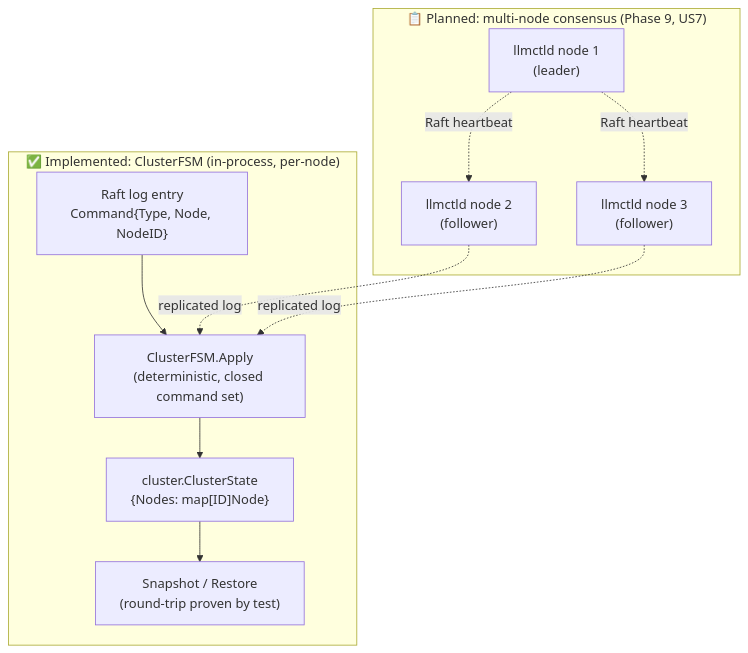
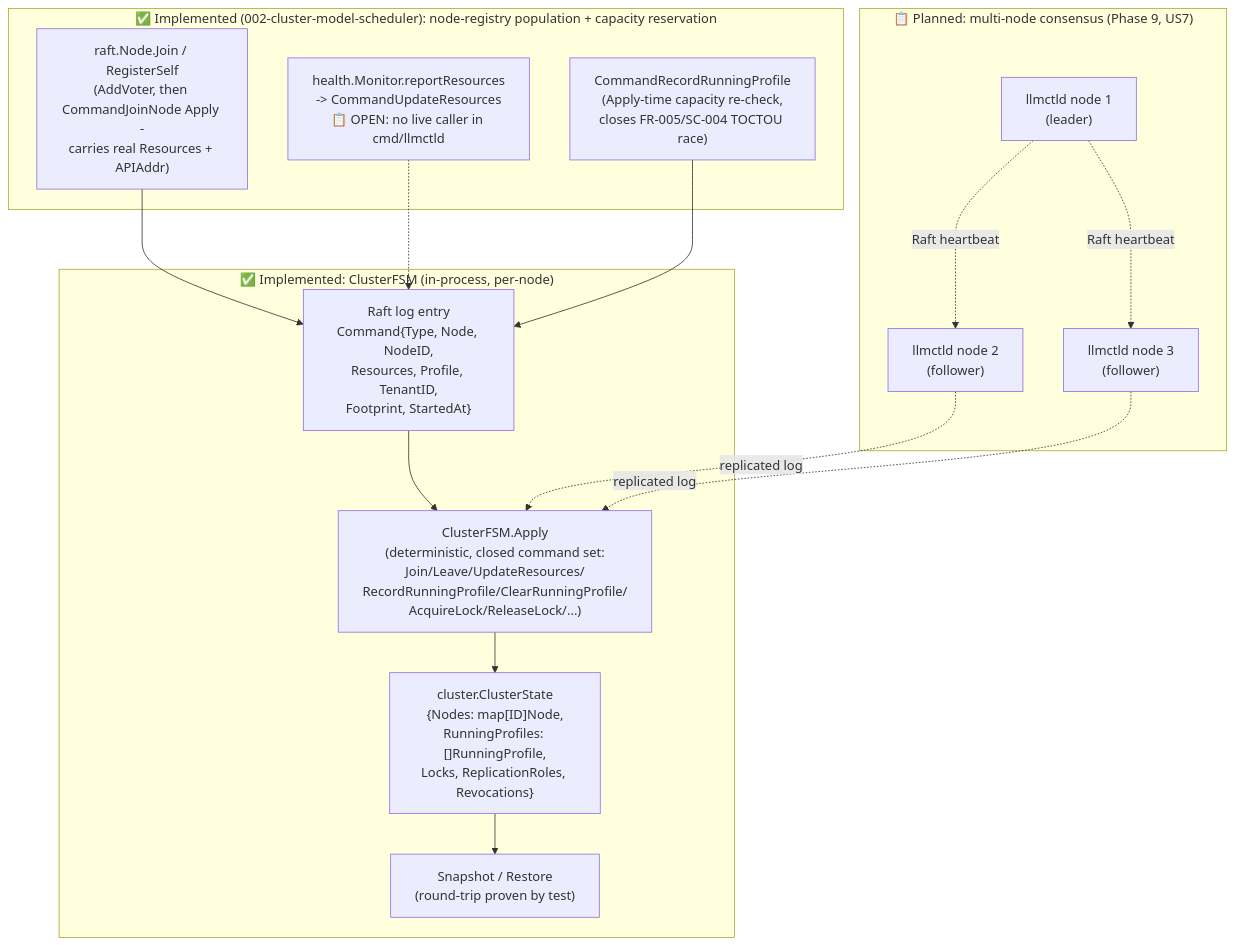
Before and after one commit to vasic-digital/llmctl: the first of 6 diagrams in docs/cluster-architecture.md, drawn with Mermaid. The commit also changed other lines of this file, not shown here.

First line of the commit message:
docs(cluster): document 002-cluster-model-scheduler node-registry, resource-heartbeat, reservation flow, running-profile index (T029)

````diff
--- a/docs/cluster-architecture.md
+++ b/docs/cluster-architecture.md
@@ -51,14 +67,19 @@
 ```mermaid
 flowchart TB
-    subgraph "✅ Implemented: ClusterFSM (in-process, per-node)"
-        LOG["Raft log entry<br/>Command{Type, Node, NodeID}"] --> APPLY["ClusterFSM.Apply<br/>(deterministic, closed command set)"]
-        APPLY --> STATE["cluster.ClusterState<br/>{Nodes: map[ID]Node}"]
+    subgraph impl1["✅ Implemented: ClusterFSM (in-process, per-node)"]
+        LOG["Raft log entry<br/>Command{Type, Node, NodeID,<br/>Resources, Profile, TenantID,<br/>Footprint, StartedAt}"] --> APPLY["ClusterFSM.Apply<br/>(deterministic, closed command set:<br/>Join/Leave/UpdateResources/<br/>RecordRunningProfile/ClearRunningProfile/<br/>AcquireLock/ReleaseLock/...)"]
+        APPLY --> STATE["cluster.ClusterState<br/>{Nodes: map[ID]Node,<br/>RunningProfiles: []RunningProfile,<br/>Locks, ReplicationRoles, Revocations}"]
         STATE --> SNAP["Snapshot / Restore<br/>(round-trip proven by test)"]
     end
-    subgraph "📋 Planned: multi-node consensus (Phase 9, US7)"
+    subgraph impl2["✅ Implemented (002-cluster-model-scheduler): node-registry population + capacity reservation"]
+        JOIN["raft.Node.Join / RegisterSelf<br/>(AddVoter, then CommandJoinNode Apply -<br/>carries real Resources + APIAddr)"] --> LOG
+        HEARTBEAT["health.Monitor.reportResources<br/>-> CommandUpdateResources<br/>📋 OPEN: no live caller in cmd/llmctld"] -.-> LOG
+        RESERVE["CommandRecordRunningProfile<br/>(Apply-time capacity re-check,<br/>closes FR-005/SC-004 TOCTOU race)"] --> LOG
+    end
+    subgraph planned1["📋 Planned: multi-node consensus (Phase 9, US7)"]
         N1["llmctld node 1<br/>(leader)"] -.Raft heartbeat.-> N2["llmctld node 2<br/>(follower)"]
         N1 -.Raft heartbeat.-> N3["llmctld node 3<br/>(follower)"]
         N2 -.replicated log.-> APPLY
         N3 -.replicated log.-> APPLY
     end
 ```
````
